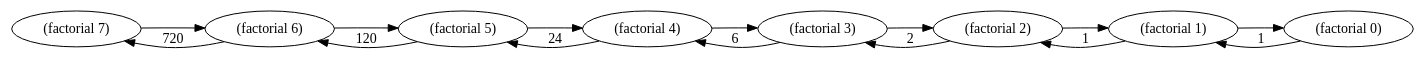
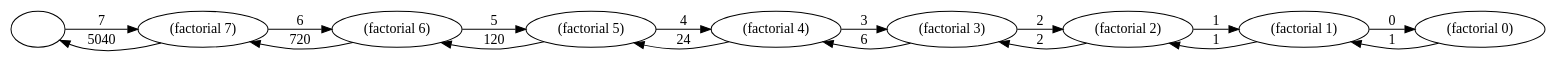
One commit to johnlawrenceaspden/hobby-code changed the diagram in villiers-park/algorithms/factorial.dot. Above: the diagram before and after it, drawn with Graphviz. The commit also changed 3 other files, not shown here.

```diff
--- a/villiers-park/algorithms/factorial.dot
+++ b/villiers-park/algorithms/factorial.dot
@@ -1,29 +1,32 @@
 digraph G {
         rankdir=LR
+
+        call [label=""]
         factorial7 [label="(factorial 7)"]
         factorial6 [label="(factorial 6)"]
         factorial5 [label="(factorial 5)"]
         factorial4 [label="(factorial 4)"]
         factorial3 [label="(factorial 3)"]
         factorial2 [label="(factorial 2)"]
         factorial1 [label="(factorial 1)"]
         factorial0 [label="(factorial 0)"]
 
-        factorial7->factorial6
-        factorial6->factorial5
-        factorial5->factorial4
-        factorial4->factorial3
-        factorial3->factorial2
-        factorial2->factorial1
-        factorial1->factorial0
-
-        
+        call->factorial7       [label="7"]
+        factorial7->factorial6 [label="6"]
+        factorial6->factorial5 [label="5"]
+        factorial5->factorial4 [label="4"]
+        factorial4->factorial3 [label="3"]
+        factorial3->factorial2 [label="2"]
+        factorial2->factorial1 [label="1"]
+        factorial1->factorial0 [label="0"]
+ 
+        factorial7->call       [label="5040"]
         factorial6->factorial7 [label="720"]
         factorial5->factorial6 [label="120"]
         factorial4->factorial5 [label="24"]
         factorial3->factorial4 [label="6"]
         factorial2->factorial3 [label="2"]
         factorial1->factorial2 [label="1"]
         factorial0->factorial1 [label="1"]
  
 }
```
